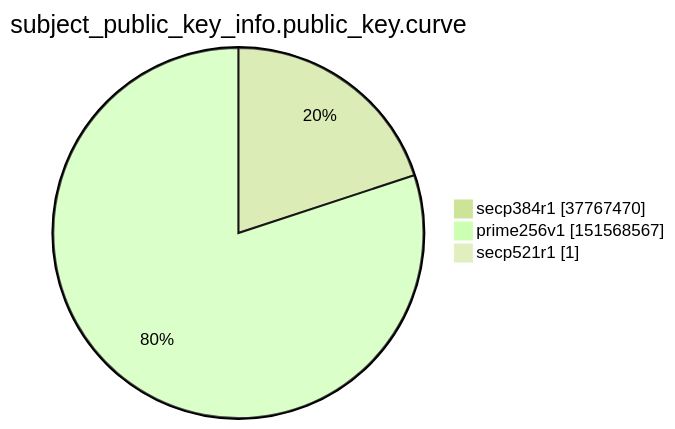
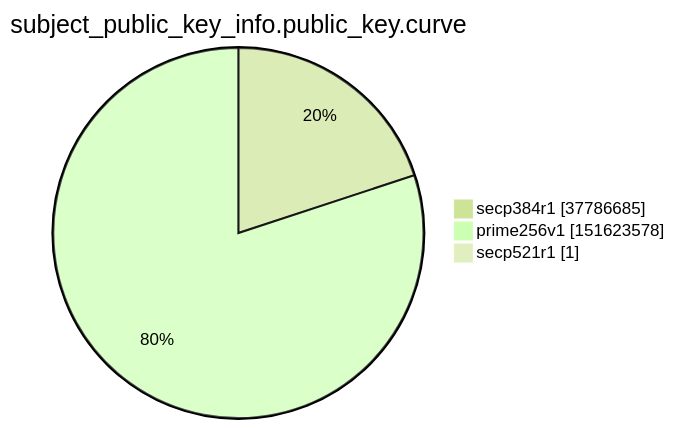
One commit to christiankrug/ctmonitor_visualization changed the ninth of 15 diagrams in xenon2022/README.md. Above: the diagram before and after it, drawn with Mermaid (forest theme). The commit also changed other lines of this file, not shown here.

````diff
--- a/xenon2022/README.md
+++ b/xenon2022/README.md
@@ -2860,7 +2860,7 @@
 ```mermaid
 pie showData
 title subject_public_key_info.public_key.curve
-"secp384r1" :37767470
-"prime256v1" :151568567
+"secp384r1" :37786685
+"prime256v1" :151623578
 "secp521r1" :1
 ```
````
